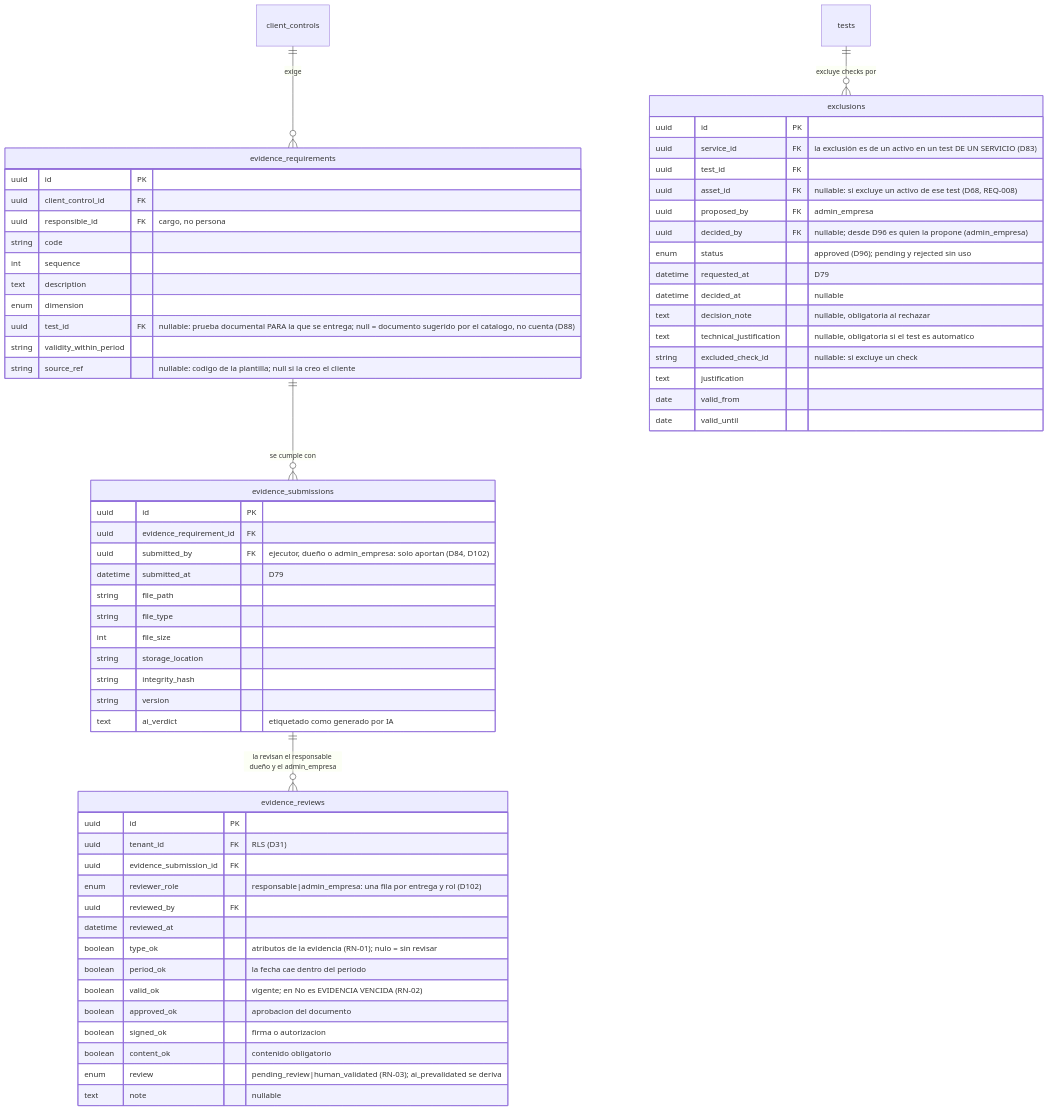
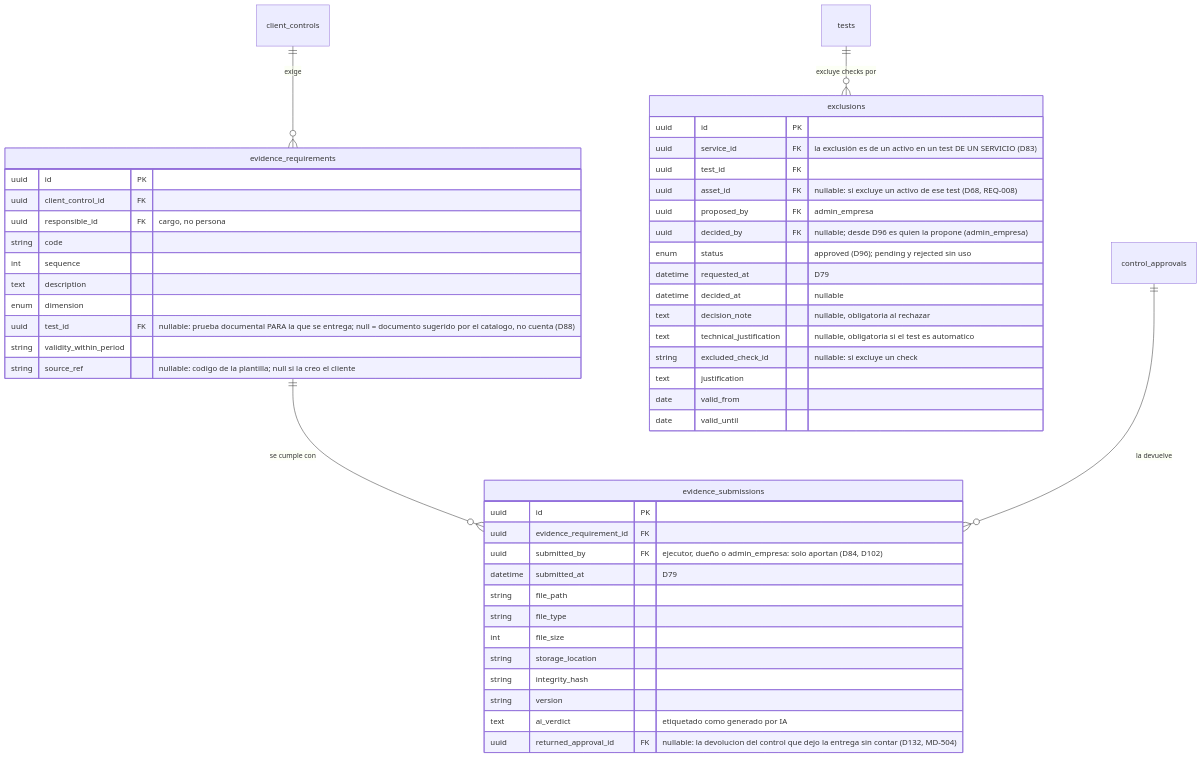
One commit to Monkey-GRC/Monkey-Brain-IA changed the third of 5 diagrams in skills/product/monkey-compliance-council/references/datos/modelo/07-cumplimiento.md. Above: the diagram before and after it, drawn with Mermaid. The commit also changed other lines of this file and 41 other files, not shown here.

Commit message:
docs(brain): control management states and two-step approval contract, v1 verdicts and evidence review retired, DT-128 and DT-129 (MD-504)

````diff
--- a/skills/product/monkey-compliance-council/references/datos/modelo/07-cumplimiento.md
+++ b/skills/product/monkey-compliance-council/references/datos/modelo/07-cumplimiento.md
@@ -249,65 +240,50 @@
 ```mermaid
 erDiagram
     evidence_requirements {
         uuid id PK
         uuid client_control_id FK
         uuid responsible_id FK "cargo, no persona"
         string code
         int sequence
         text description
         enum dimension
         uuid test_id FK "nullable: prueba documental PARA la que se entrega; null = documento sugerido por el catalogo, no cuenta (D88)"
         string validity_within_period
         string source_ref "nullable: codigo de la plantilla; null si la creo el cliente"
     }
     evidence_submissions {
         uuid id PK
         uuid evidence_requirement_id FK
         uuid submitted_by FK "ejecutor, dueño o admin_empresa: solo aportan (D84, D102)"
         datetime submitted_at "D79"
         string file_path
         string file_type
         int file_size
         string storage_location
         string integrity_hash
         string version
         text ai_verdict "etiquetado como generado por IA"
-    }
-    evidence_reviews {
-        uuid id PK
-        uuid tenant_id FK "RLS (D31)"
-        uuid evidence_submission_id FK
-        enum reviewer_role "responsable|admin_empresa: una fila por entrega y rol (D102)"
-        uuid reviewed_by FK
-        datetime reviewed_at
-        boolean type_ok "atributos de la evidencia (RN-01); nulo = sin revisar"
-        boolean period_ok "la fecha cae dentro del periodo"
-        boolean valid_ok "vigente; en No es EVIDENCIA VENCIDA (RN-02)"
-        boolean approved_ok "aprobacion del documento"
-        boolean signed_ok "firma o autorizacion"
-        boolean content_ok "contenido obligatorio"
-        enum review "pending_review|human_validated (RN-03); ai_prevalidated se deriva"
-        text note "nullable"
+        uuid returned_approval_id FK "nullable: la devolucion del control que dejo la entrega sin contar (D132, MD-504)"
     }
     exclusions {
         uuid id PK
         uuid service_id FK "la exclusión es de un activo en un test DE UN SERVICIO (D83)"
         uuid test_id FK
         uuid asset_id FK "nullable: si excluye un activo de ese test (D68, REQ-008)"
         uuid proposed_by FK "admin_empresa"
         uuid decided_by FK "nullable; desde D96 es quien la propone (admin_empresa)"
         enum status "approved (D96); pending y rejected sin uso"
         datetime requested_at "D79"
         datetime decided_at "nullable"
         text decision_note "nullable, obligatoria al rechazar"
         text technical_justification "nullable, obligatoria si el test es automatico"
         string excluded_check_id "nullable: si excluye un check"
         text justification
         date valid_from
         date valid_until
     }
     client_controls ||--o{ evidence_requirements : "exige"
     evidence_requirements ||--o{ evidence_submissions : "se cumple con"
-    evidence_submissions ||--o{ evidence_reviews : "la revisan el responsable dueño y el admin_empresa"
+    control_approvals ||--o{ evidence_submissions : "la devuelve"
     tests ||--o{ exclusions : "excluye checks por"
 ```
````
